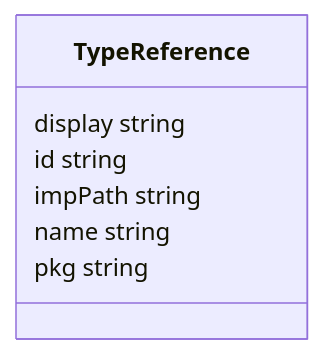
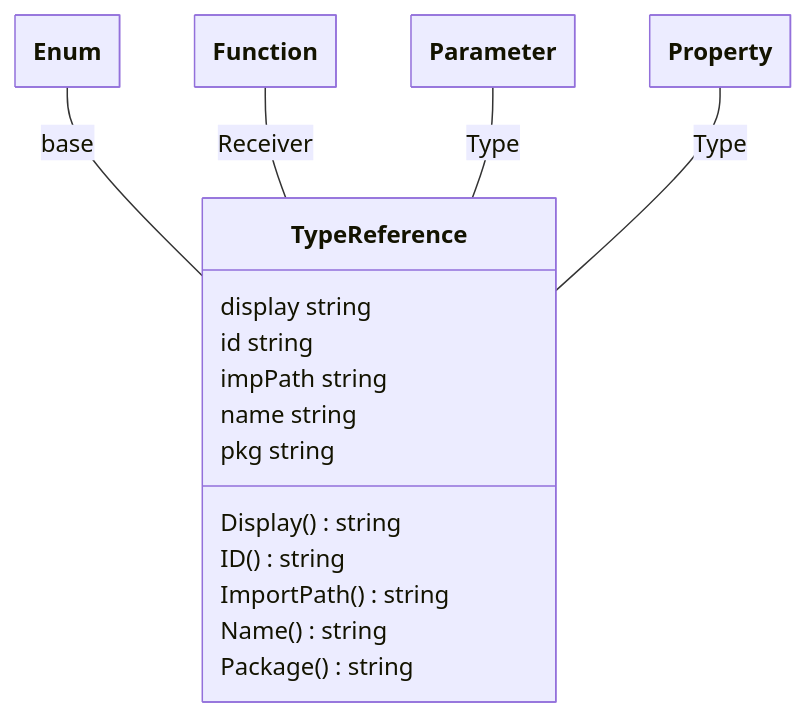
One commit to theunrepentantgeek/crddoc changed diagram 16 of 17 in docs/model/model.md. Above: the diagram before and after it, drawn with Mermaid. The commit also changed other lines of this file and 8 other files, not shown here.

````diff
--- a/docs/model/model.md
+++ b/docs/model/model.md
@@ -605,22 +875,35 @@
 ```mermaid
 ---
   config:
     class:
       hideEmptyMembersBox: true
 ---
 classDiagram
 
 class TypeReference["TypeReference"]{  
       display string  
       id string  
       impPath string  
       name string  
-      pkg string
+      pkg string  
+      Display()string  
+      ID()string  
+      ImportPath()string  
+      Name()string  
+      Package()string
 
 
 } 
 
+Enum -- TypeReference : base 
+Function -- TypeReference : Receiver 
+Parameter -- TypeReference : Type 
+Property -- TypeReference : Type 
 
 
+class Enum["Enum"]
+class Function["Function"]
+class Parameter["Parameter"]
+class Property["Property"]
 
 ```
````
